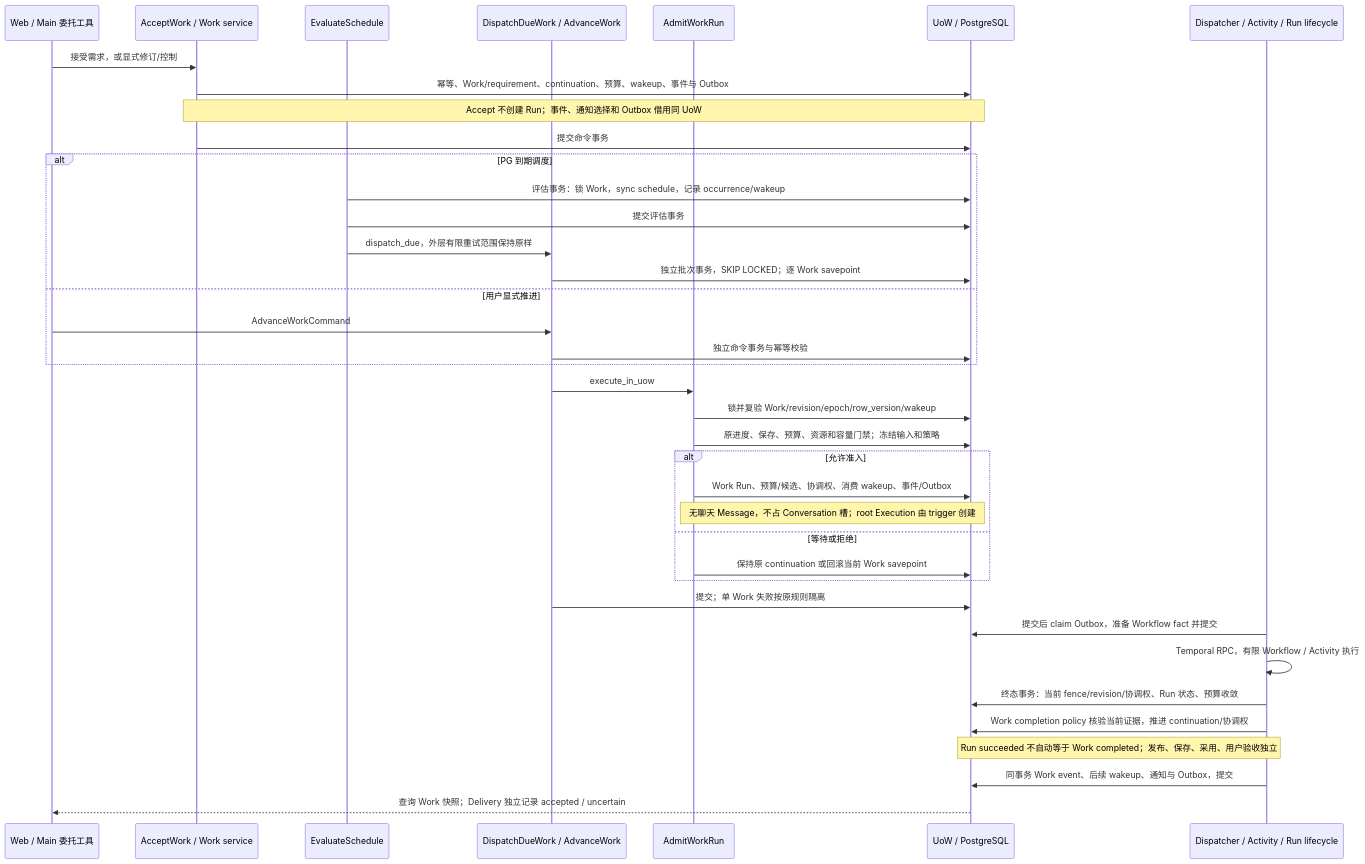
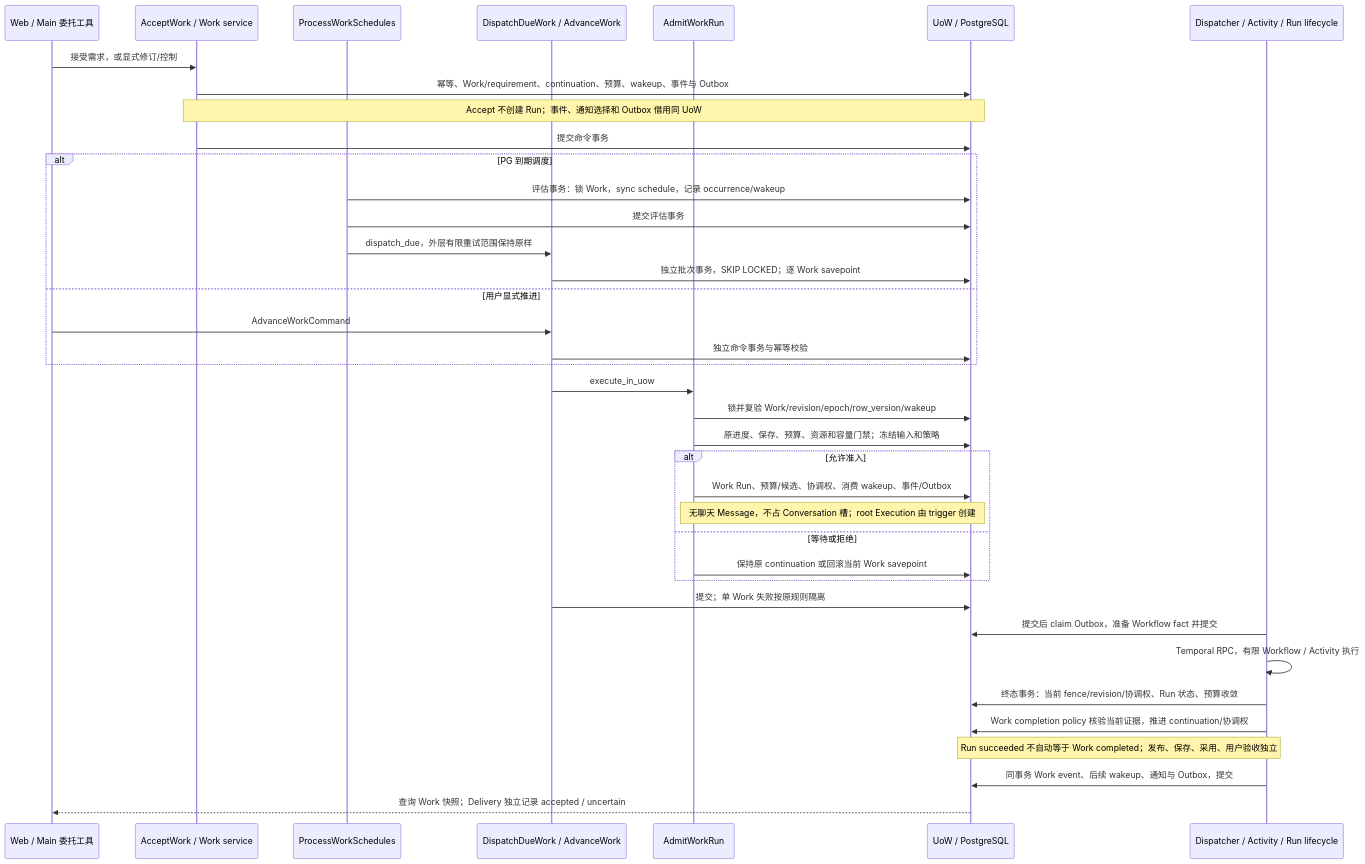
The fourth of 4 diagrams in docs/architecture/execution.md (k1po9/HpAgent), drawn with Mermaid before and after one commit. The commit also changed other lines of this file and 136 other files, not shown here.

````diff
--- a/docs/architecture/execution.md
+++ b/docs/architecture/execution.md
@@ -307,40 +307,40 @@
 ```mermaid
 sequenceDiagram
   participant E as Web / Main 委托工具
   participant A as AcceptWork / Work service
-  participant S as EvaluateSchedule
+  participant S as ProcessWorkSchedules
   participant D as DispatchDueWork / AdvanceWork
   participant Admit as AdmitWorkRun
   participant PG as UoW / PostgreSQL
   participant R as Dispatcher / Activity / Run lifecycle
   E->>A: 接受需求，或显式修订/控制
   A->>PG: 幂等、Work/requirement、continuation、预算、wakeup、事件与 Outbox
   Note over A,PG: Accept 不创建 Run；事件、通知选择和 Outbox 借用同 UoW
   A->>PG: 提交命令事务
   alt PG 到期调度
     S->>PG: 评估事务：锁 Work，sync schedule，记录 occurrence/wakeup
     S->>PG: 提交评估事务
     S->>D: dispatch_due，外层有限重试范围保持原样
     D->>PG: 独立批次事务，SKIP LOCKED；逐 Work savepoint
   else 用户显式推进
     E->>D: AdvanceWorkCommand
     D->>PG: 独立命令事务与幂等校验
   end
   D->>Admit: execute_in_uow
   Admit->>PG: 锁并复验 Work/revision/epoch/row_version/wakeup
   Admit->>PG: 原进度、保存、预算、资源和容量门禁；冻结输入和策略
   alt 允许准入
     Admit->>PG: Work Run、预算/候选、协调权、消费 wakeup、事件/Outbox
     Note over Admit,PG: 无聊天 Message，不占 Conversation 槽；root Execution 由 trigger 创建
   else 等待或拒绝
     Admit->>PG: 保持原 continuation 或回滚当前 Work savepoint
   end
   D->>PG: 提交；单 Work 失败按原规则隔离
   R->>PG: 提交后 claim Outbox，准备 Workflow fact 并提交
   R->>R: Temporal RPC，有限 Workflow / Activity 执行
   R->>PG: 终态事务：当前 fence/revision/协调权、Run 状态、预算收敛
   R->>PG: Work completion policy 核验当前证据，推进 continuation/协调权
   Note over R,PG: Run succeeded 不自动等于 Work completed；发布、保存、采用、用户验收独立
   R->>PG: 同事务 Work event、后续 wakeup、通知与 Outbox，提交
   PG-->>E: 查询 Work 快照；Delivery 独立记录 accepted / uncertain
 ```
````
